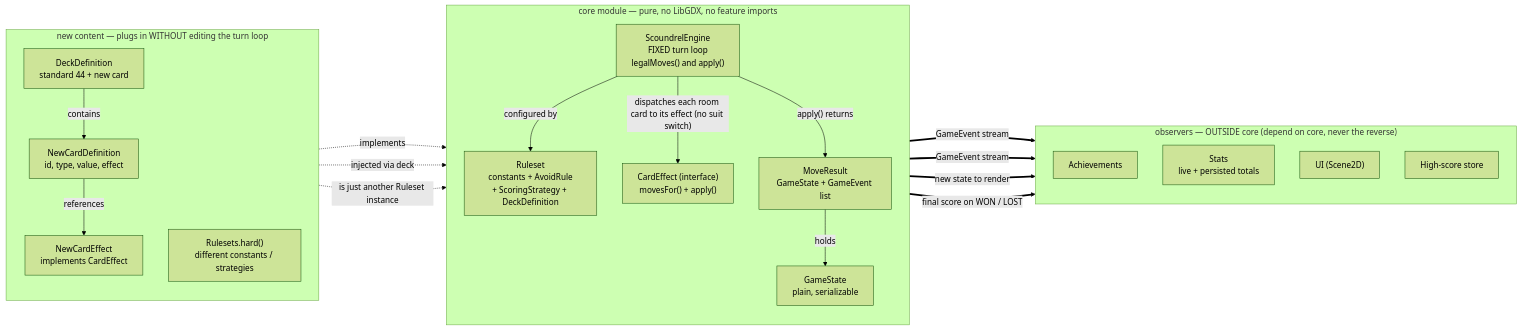
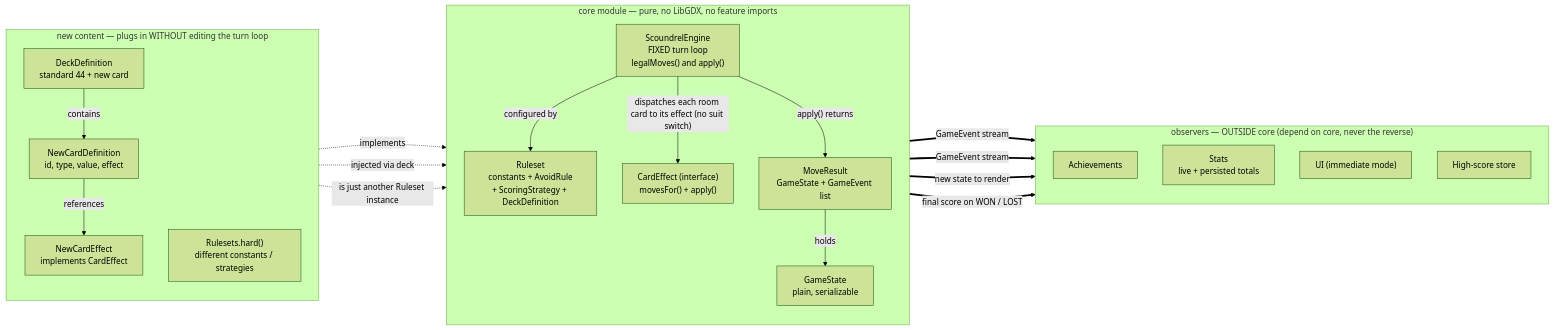
The third of 3 diagrams in docs/design.md (tomerba6/scoundrel-game), drawn with Mermaid (forest theme) before and after one commit.

Commit message:
docs: the observer diagram no longer says Scene2D
The only stale line in design.md. Its engine content still matches the
code exactly: every one of the 51 types it names exists - bar CombatRule,
which it names deliberately as the seam weapon degradation would be
promoted to if a mode ever needed it - and the record components it lists
for Card, EquippedWeapon, GameState, Move, MoveResult and CardDefinition
are the ones in the source.

````diff
--- a/docs/design.md
+++ b/docs/design.md
@@ -556,42 +556,42 @@
 ```mermaid
 flowchart LR
     subgraph core["core module — pure, no LibGDX, no feature imports"]
         direction TB
         ruleset["Ruleset<br/>constants + AvoidRule<br/>+ ScoringStrategy + DeckDefinition"]
         engine["ScoundrelEngine<br/>FIXED turn loop<br/>legalMoves() and apply()"]
         effect["CardEffect (interface)<br/>movesFor() + apply()"]
         state["GameState<br/>plain, serializable"]
         result["MoveResult<br/>GameState + GameEvent list"]
         engine -->|configured by| ruleset
         engine -->|"dispatches each room card to its effect (no suit switch)"| effect
         engine -->|"apply() returns"| result
         result -->|holds| state
     end
 
     subgraph ext["new content — plugs in WITHOUT editing the turn loop"]
         direction TB
         newdef["NewCardDefinition<br/>id, type, value, effect"]
         neweffect["NewCardEffect<br/>implements CardEffect"]
         newdeck["DeckDefinition<br/>standard 44 + new card"]
         hard["Rulesets.hard()<br/>different constants / strategies"]
         newdef -->|references| neweffect
         newdeck -->|contains| newdef
     end
 
     neweffect -.->|implements| effect
     newdeck -.->|injected via deck| ruleset
     hard -.->|"is just another Ruleset instance"| ruleset
 
     subgraph obs["observers — OUTSIDE core (depend on core, never the reverse)"]
         direction TB
         ach["Achievements"]
         stats["Stats<br/>live + persisted totals"]
-        ui["UI (Scene2D)"]
+        ui["UI (immediate mode)"]
         hs["High-score store"]
     end
 
     result ==>|GameEvent stream| ach
     result ==>|GameEvent stream| stats
     result ==>|new state to render| ui
     state ==>|final score on WON / LOST| hs
 ```
````
